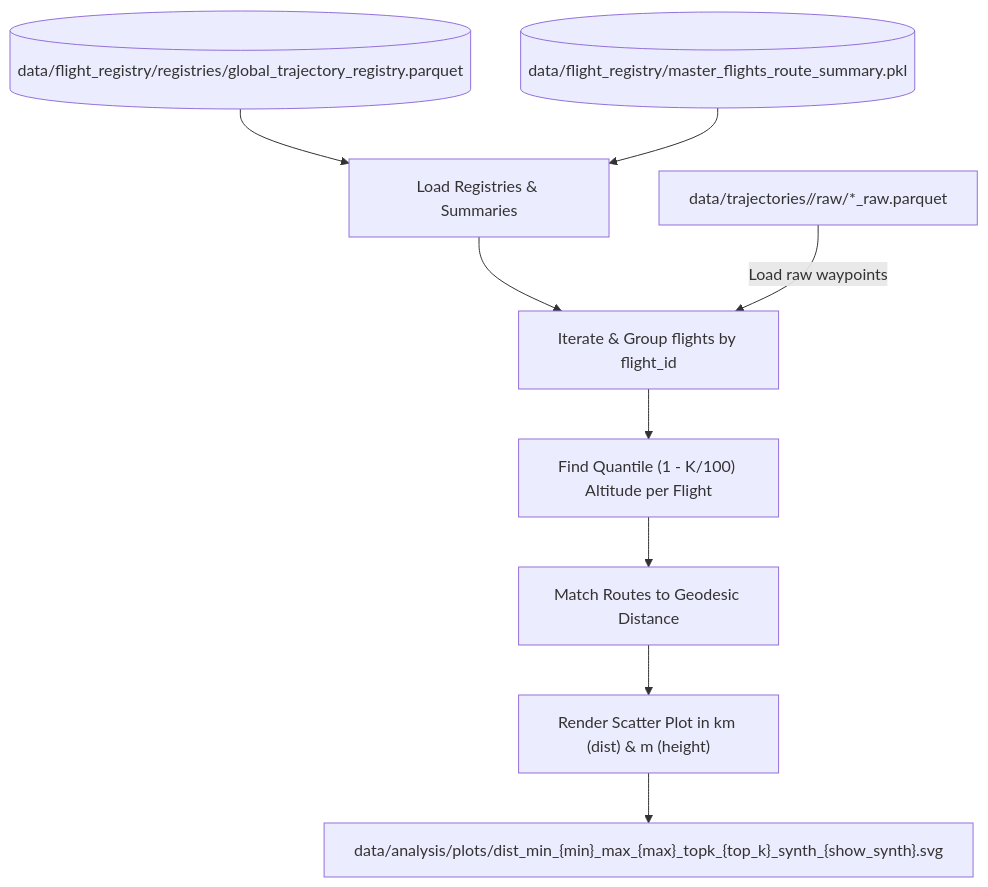
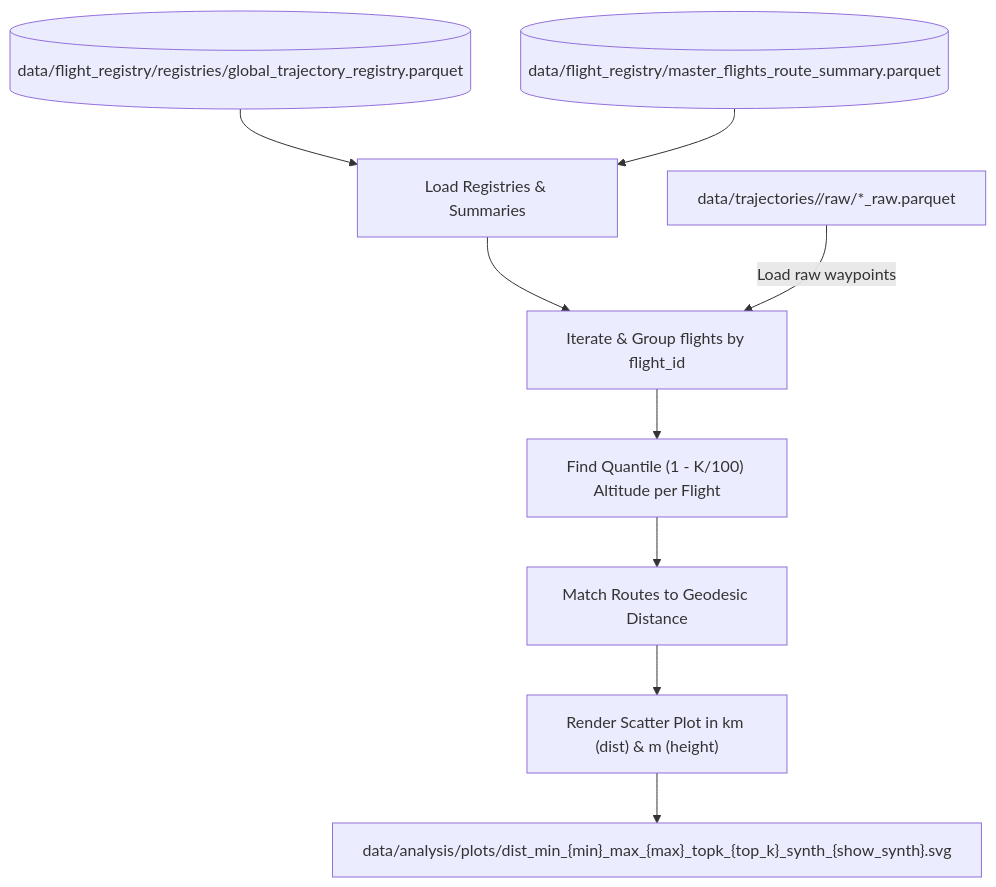
One commit to Bauzement123/flight-physics-pipeline changed the diagram in src/analysis/verification/README.md. Above: the diagram before and after it, drawn with Mermaid. The commit also changed other lines of this file and 16 other files, not shown here.

````diff
--- a/src/analysis/verification/README.md
+++ b/src/analysis/verification/README.md
@@ -44,27 +46,27 @@
 ```mermaid
 graph TD
     %% Inputs
     Reg[("data/flight_registry/registries/global_trajectory_registry.parquet")]
-    Summary[("data/flight_registry/master_flights_route_summary.pkl")]
+    Summary[("data/flight_registry/master_flights_route_summary.parquet")]
     Traj["data/trajectories/<run_name>/raw/*_raw.parquet"]
     
     %% Processing Nodes
     P1["Load Registries & Summaries"]
     P2["Iterate & Group flights by flight_id"]
     P3["Find Quantile (1 - K/100) Altitude per Flight"]
     P4["Match Routes to Geodesic Distance"]
     P5["Render Scatter Plot in km (dist) & m (height)"]
     
     %% Outputs
     OutImg["data/analysis/plots/dist_min_{min}_max_{max}_topk_{top_k}_synth_{show_synth}.svg"]
     
     %% Connections
     Reg --> P1
     Summary --> P1
     P1 --> P2
     Traj -->|Load raw waypoints| P2
     P2 --> P3
     P3 --> P4
     P4 --> P5
     P5 --> OutImg
 ```
````
